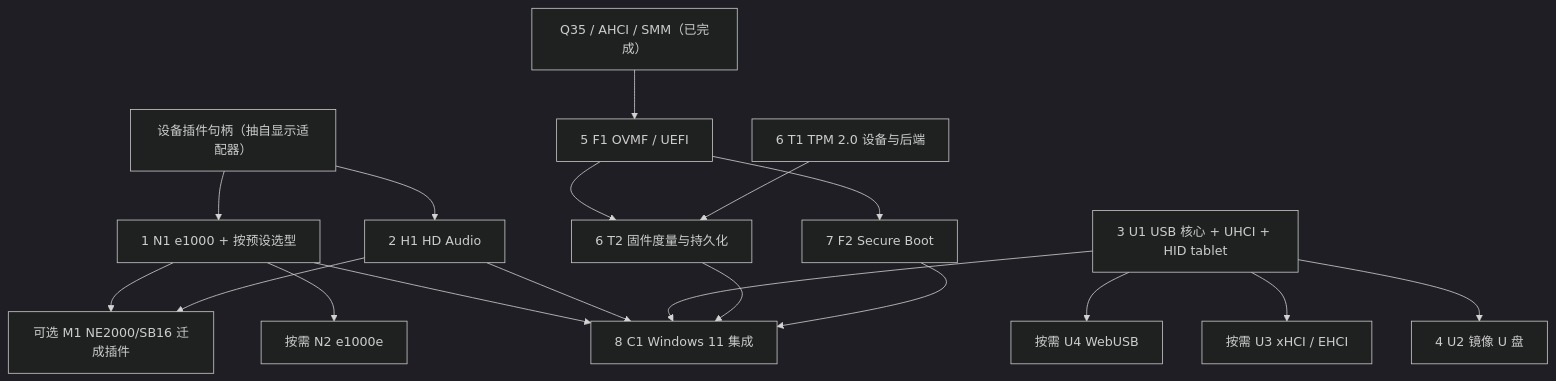
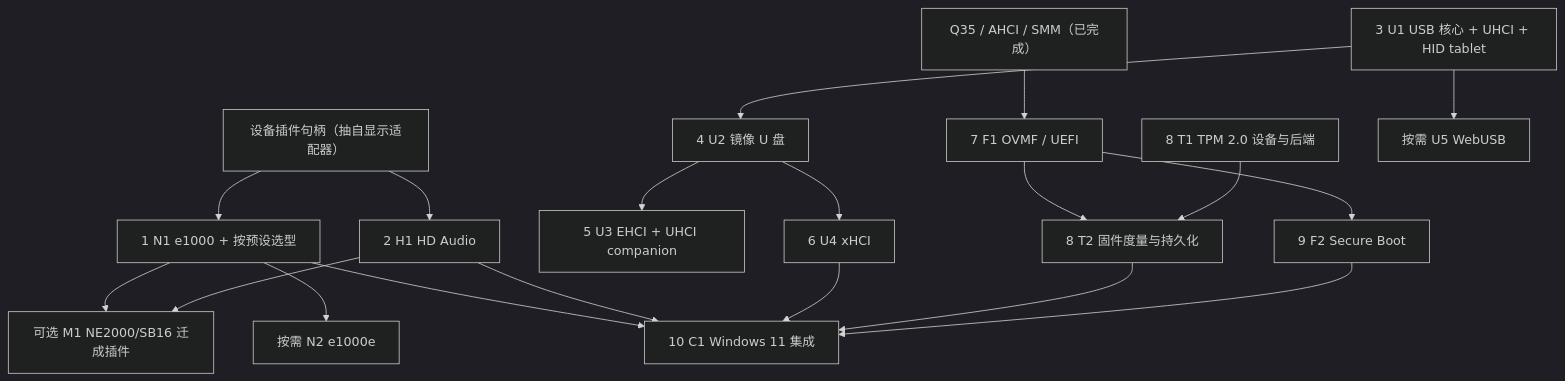
One commit to copy/v86 changed the diagram in docs/modern-pc-devices-plan.md. Above: the diagram before and after it, drawn with Mermaid (dark theme). The commit also changed other lines of this file, not shown here.

````diff
--- a/docs/modern-pc-devices-plan.md
+++ b/docs/modern-pc-devices-plan.md
@@ -69,35 +79,37 @@
 ```mermaid
 flowchart TD
     Q["Q35 / AHCI / SMM（已完成）"]
     P["设备插件句柄（抽自显示适配器）"]
     N1["1 N1 e1000 + 按预设选型"]
     H1["2 H1 HD Audio"]
     U1["3 U1 USB 核心 + UHCI + HID tablet"]
     U2["4 U2 镜像 U 盘"]
-    F1["5 F1 OVMF / UEFI"]
-    T1["6 T1 TPM 2.0 设备与后端"]
-    T2["6 T2 固件度量与持久化"]
-    F2["7 F2 Secure Boot"]
-    C1["8 C1 Windows 11 集成"]
-    U3["按需 U3 xHCI / EHCI"]
+    U3["5 U3 EHCI + UHCI companion"]
+    U4["6 U4 xHCI"]
+    F1["7 F1 OVMF / UEFI"]
+    T1["8 T1 TPM 2.0 设备与后端"]
+    T2["8 T2 固件度量与持久化"]
+    F2["9 F2 Secure Boot"]
+    C1["10 C1 Windows 11 集成"]
     N2["按需 N2 e1000e"]
-    U4["按需 U4 WebUSB"]
+    U5["按需 U5 WebUSB"]
     M1["可选 M1 NE2000/SB16 迁成插件"]
     P --> N1
     P --> H1
     N1 --> M1
     H1 --> M1
     U1 --> U2
-    U1 --> U3
-    U1 --> U4
+    U2 --> U3
+    U2 --> U4
+    U1 --> U5
     Q --> F1
     F1 --> T2
     T1 --> T2
     F1 --> F2
     N1 --> N2
     N1 --> C1
     H1 --> C1
-    U1 --> C1
+    U4 --> C1
     T2 --> C1
     F2 --> C1
 ```
````
